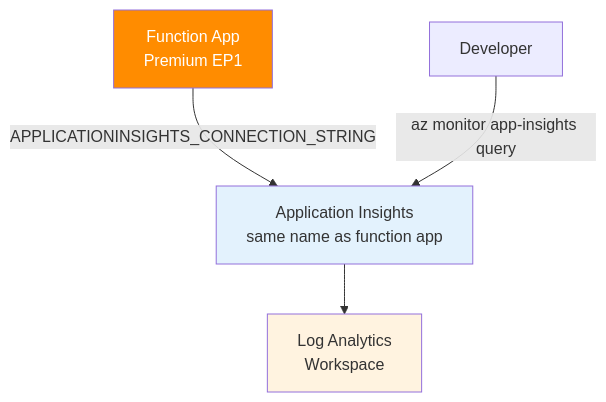
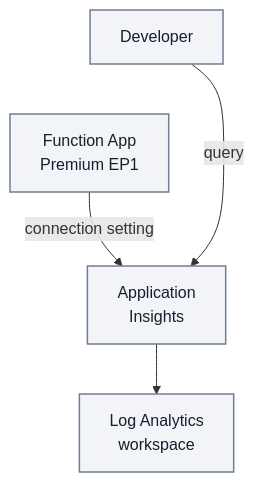
Before and after one commit to yeongseon/azure-functions-practical-guide: the diagram in docs/language-guides/nodejs/tutorial/premium/04-logging-monitoring.md, drawn with Mermaid. The commit also changed other lines of this file and 4 other files, not shown here.

First line of the commit message:
docs(diagrams): improve Node.js logging tutorial figures (#516)

````diff
--- a/docs/language-guides/nodejs/tutorial/premium/04-logging-monitoring.md
+++ b/docs/language-guides/nodejs/tutorial/premium/04-logging-monitoring.md
@@ -59,10 +61,12 @@
 ```mermaid
 flowchart TD
-    FA[Function App\nPremium EP1] -->|APPLICATIONINSIGHTS_CONNECTION_STRING| AI[Application Insights\nsame name as function app]
-    AI --> LAW[Log Analytics\nWorkspace]
-    USER[Developer] -->|az monitor app-insights query| AI
-
-    style FA fill:#ff8c00,color:#fff
-    style AI fill:#E3F2FD
-    style LAW fill:#FFF3E0
+    accTitle: Premium Node.js telemetry and workspace overview
+    accDescr: The Premium EP1 tutorial app sends telemetry to configured Application Insights, whose workspace-based data is stored in the associated Log Analytics workspace. A developer queries Application Insights; the connection string selects the resource, not its name.
+    FA["Function App<br/>Premium EP1"] -->|connection setting| AI["Application<br/>Insights"]
+    AI --> LAW["Log Analytics<br/>workspace"]
+    USER[Developer] -->|query| AI
+    %% Layout-only link tiers the query client; adds no operation or semantic arrow.
+    USER ~~~ FA
+    classDef neutral fill:#f2f4f8,stroke:#707e93,stroke-width:1.5px,color:#14202e;
+    class FA,AI,LAW,USER neutral;
 ```
````
